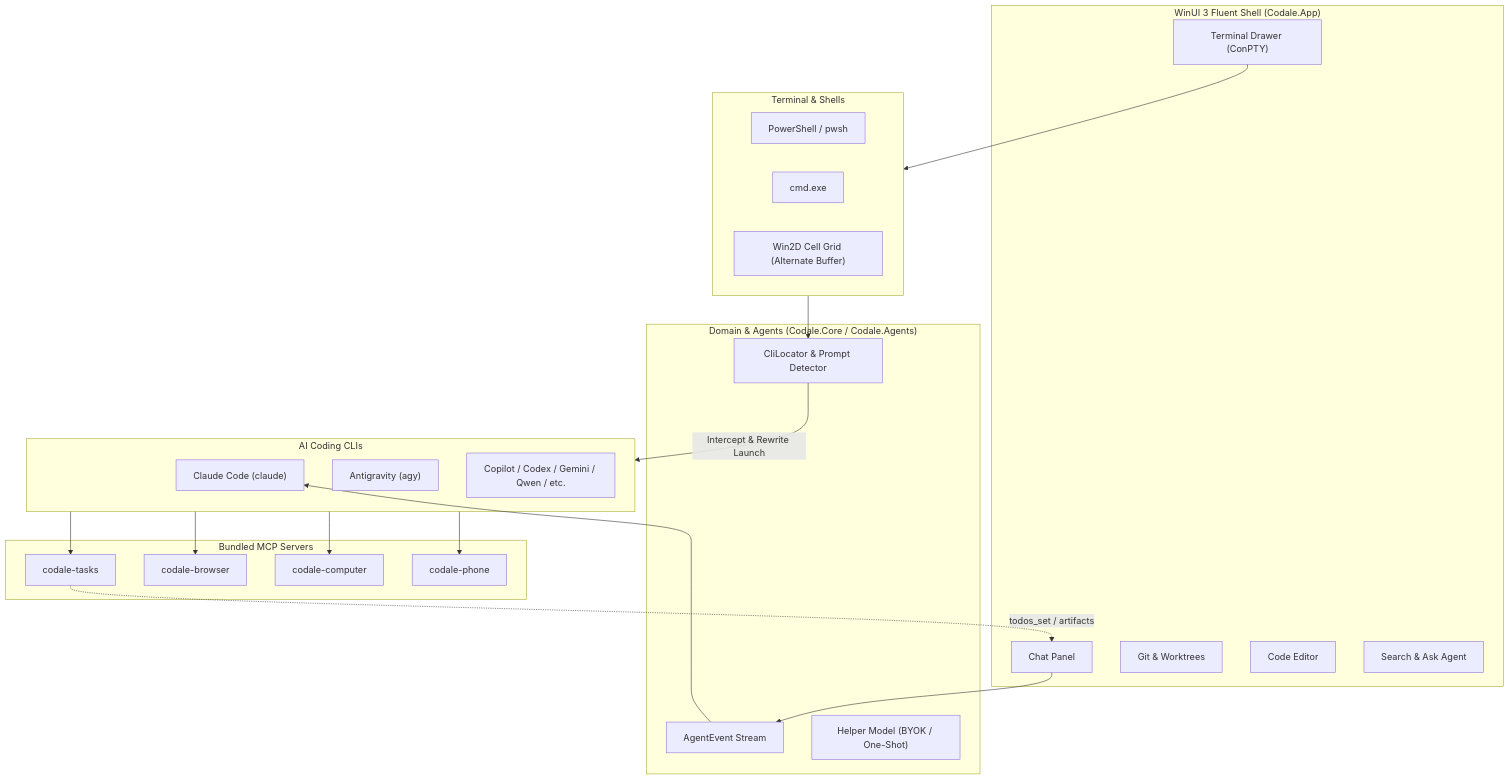
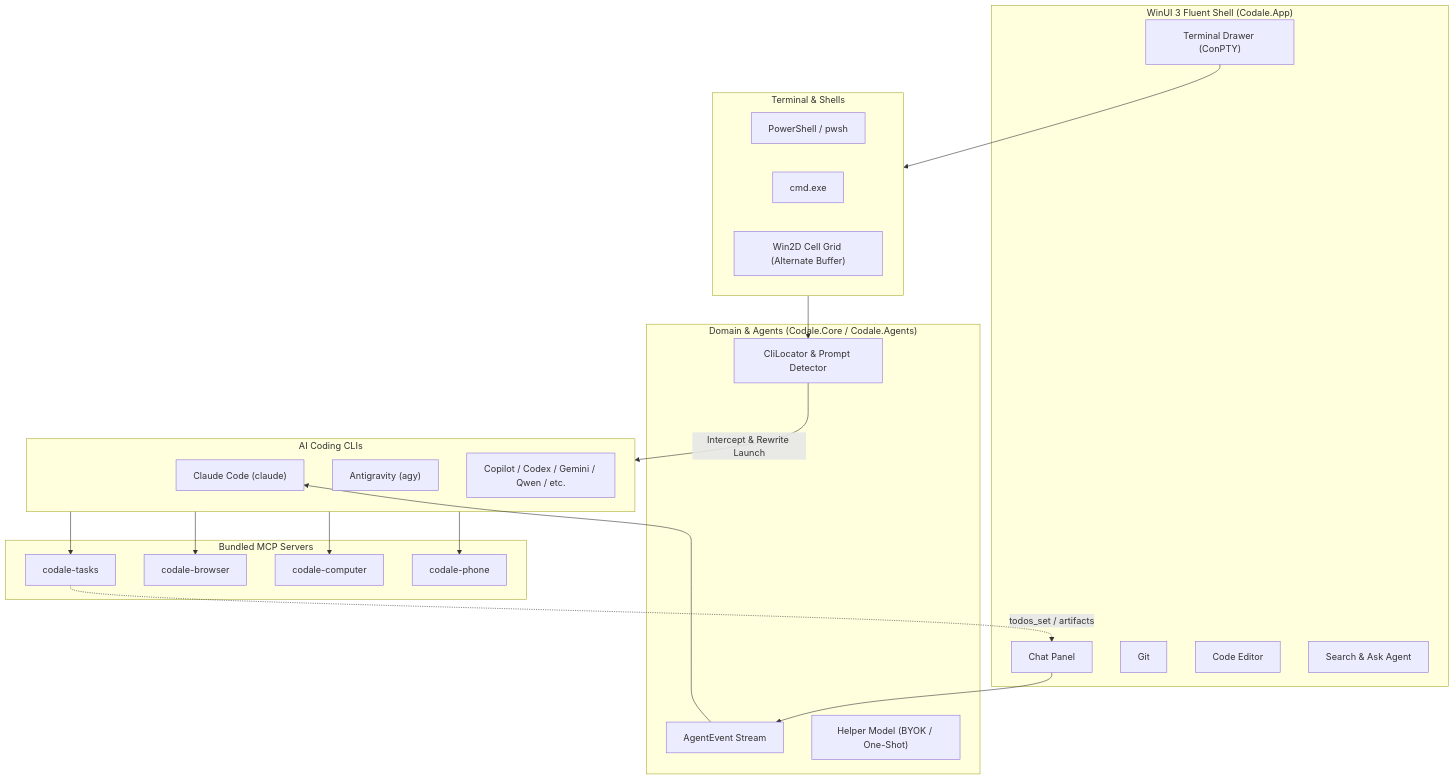
The diagram in README.md (Crster/codale), drawn with Mermaid before and after one commit. The commit also changed other lines of this file and 106 other files, not shown here.

````diff
--- a/README.md
+++ b/README.md
@@ -232,46 +233,46 @@
 ```mermaid
 flowchart TD
     subgraph UI ["WinUI 3 Fluent Shell (Codale.App)"]
         ChatTab["Chat Panel"]
         TerminalTab["Terminal Drawer (ConPTY)"]
-        GitTab["Git & Worktrees"]
+        GitTab["Git"]
         EditorTab["Code Editor"]
         SearchTab["Search & Ask Agent"]
     end
 
     subgraph Core ["Domain & Agents (Codale.Core / Codale.Agents)"]
         AgentEvent["AgentEvent Stream"]
         CliLocator["CliLocator & Prompt Detector"]
         HelperModel["Helper Model (BYOK / One-Shot)"]
     end
 
     subgraph TerminalEngine ["Terminal & Shells"]
         Pwsh["PowerShell / pwsh"]
         Cmd["cmd.exe"]
         Win2D["Win2D Cell Grid (Alternate Buffer)"]
     end
 
     subgraph MCP ["Bundled MCP Servers"]
         TasksMcp["codale-tasks"]
         BrowserMcp["codale-browser"]
         ComputerMcp["codale-computer"]
         PhoneMcp["codale-phone"]
     end
 
     subgraph Agents ["AI Coding CLIs"]
         ClaudeCli["Claude Code (claude)"]
         AgyCli["Antigravity (agy)"]
         OtherClis["Copilot / Codex / Gemini / Qwen / etc."]
     end
 
     ChatTab --> AgentEvent
     AgentEvent --> ClaudeCli
     TerminalTab --> TerminalEngine
     TerminalEngine --> CliLocator
     CliLocator -- "Intercept & Rewrite Launch" --> Agents
     Agents --> TasksMcp
     Agents --> BrowserMcp
     Agents --> ComputerMcp
     Agents --> PhoneMcp
     TasksMcp -. "todos_set / artifacts" .-> ChatTab
 ```
````
